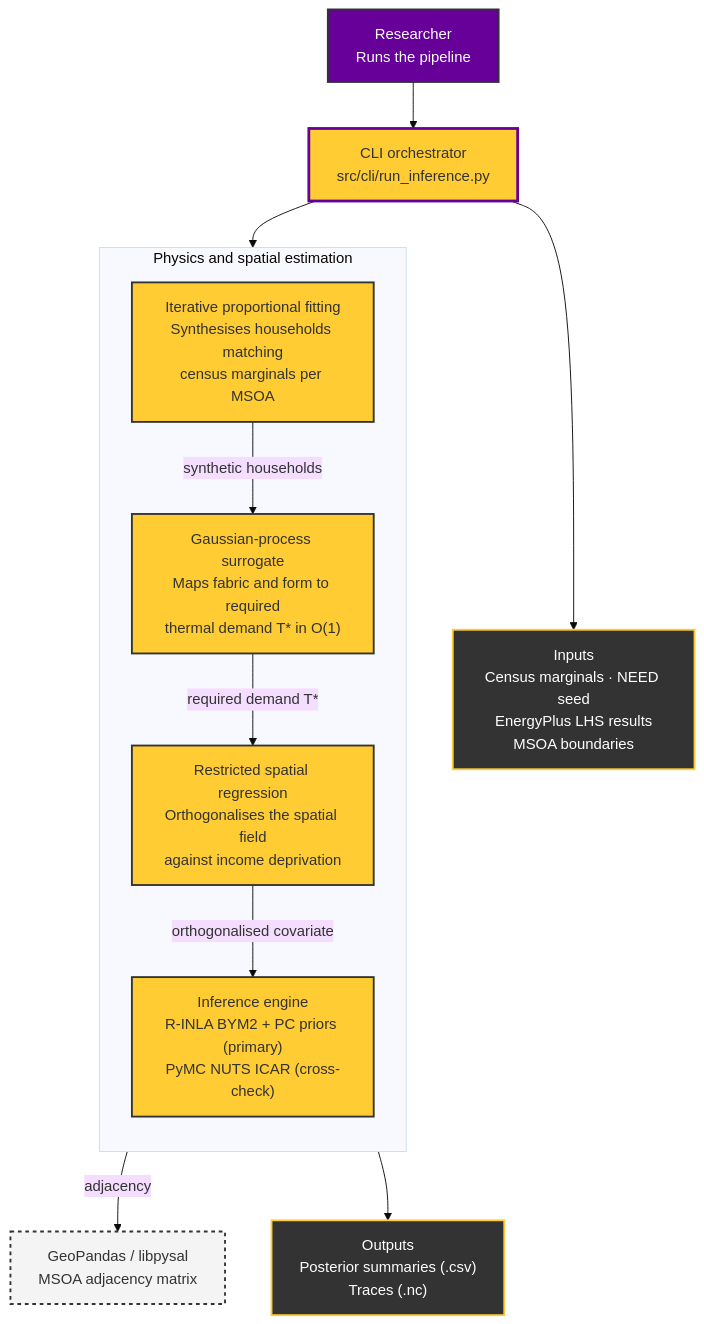
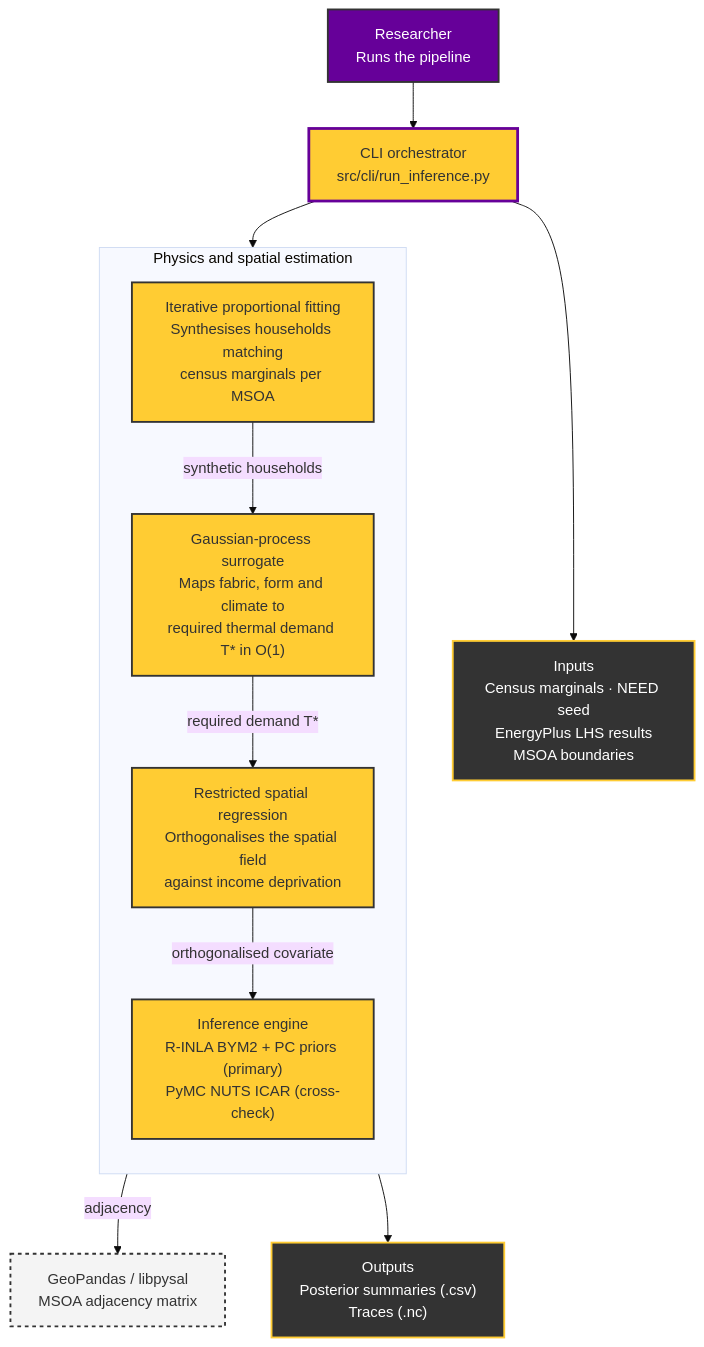
One commit to JulesBuckland/abs-ubem-national changed the diagram in README.md. Above: the diagram before and after it, drawn with Mermaid (base theme). The commit also changed 1 other file, not shown here.

Commit message:
docs: correct the emulator's stated feature count
gp_emulator.py's module docstring listed five input features while FEATURES,
model_unified.GP_FEATURES and the Hypothesis property tests all use six. The
missing term is hdd, which carries climate exposure - without it the
surrogate cannot distinguish a cold location from a leaky fabric, so the
omission misdescribes what the model conditions on.

Corrected, and noted that FEATURES is authoritative and GP_FEATURES must
match it. The README architecture diagram said "fabric and form" for the
same reason and now reads "fabric, form and climate".

````diff
--- a/README.md
+++ b/README.md
@@ -35,34 +35,34 @@
 ```mermaid
 flowchart TD
     classDef person fill:#660099,color:#ffffff,stroke:#333333,stroke-width:2px
     classDef orchestrator fill:#FFCC33,color:#333333,stroke:#660099,stroke-width:3px
     classDef logic fill:#FFCC33,color:#333333,stroke:#333333,stroke-width:2px
     classDef datastore fill:#333333,color:#ffffff,stroke:#FFCC33,stroke-width:2px
     classDef extLib fill:#f4f4f4,color:#333333,stroke:#333333,stroke-width:2px,stroke-dasharray: 4 4
 
     User["Researcher<br/>Runs the pipeline"]:::person
 
     InputFS["Inputs<br/>Census marginals · NEED seed<br/>EnergyPlus LHS results<br/>MSOA boundaries"]:::datastore
     OutputFS["Outputs<br/>Posterior summaries (.csv)<br/>Traces (.nc)"]:::datastore
 
     CLI["CLI orchestrator<br/>src/cli/run_inference.py"]:::orchestrator
 
     subgraph Core ["Physics and spatial estimation"]
         direction TB
         IPF["Iterative proportional fitting<br/>Synthesises households matching<br/>census marginals per MSOA"]:::logic
-        GP["Gaussian-process surrogate<br/>Maps fabric and form to required<br/>thermal demand T* in O(1)"]:::logic
+        GP["Gaussian-process surrogate<br/>Maps fabric, form and climate to<br/>required thermal demand T* in O(1)"]:::logic
         RSR["Restricted spatial regression<br/>Orthogonalises the spatial field<br/>against income deprivation"]:::logic
         FIT["Inference engine<br/>R-INLA BYM2 + PC priors (primary)<br/>PyMC NUTS ICAR (cross-check)"]:::logic
     end
 
     PySAL["GeoPandas / libpysal<br/>MSOA adjacency matrix"]:::extLib
 
     User --> CLI
     CLI --> InputFS
     CLI --> IPF
     IPF -->|synthetic households| GP
     GP -->|required demand T*| RSR
     RSR -->|orthogonalised covariate| FIT
     FIT -->|adjacency| PySAL
     FIT --> OutputFS
 ```
````
